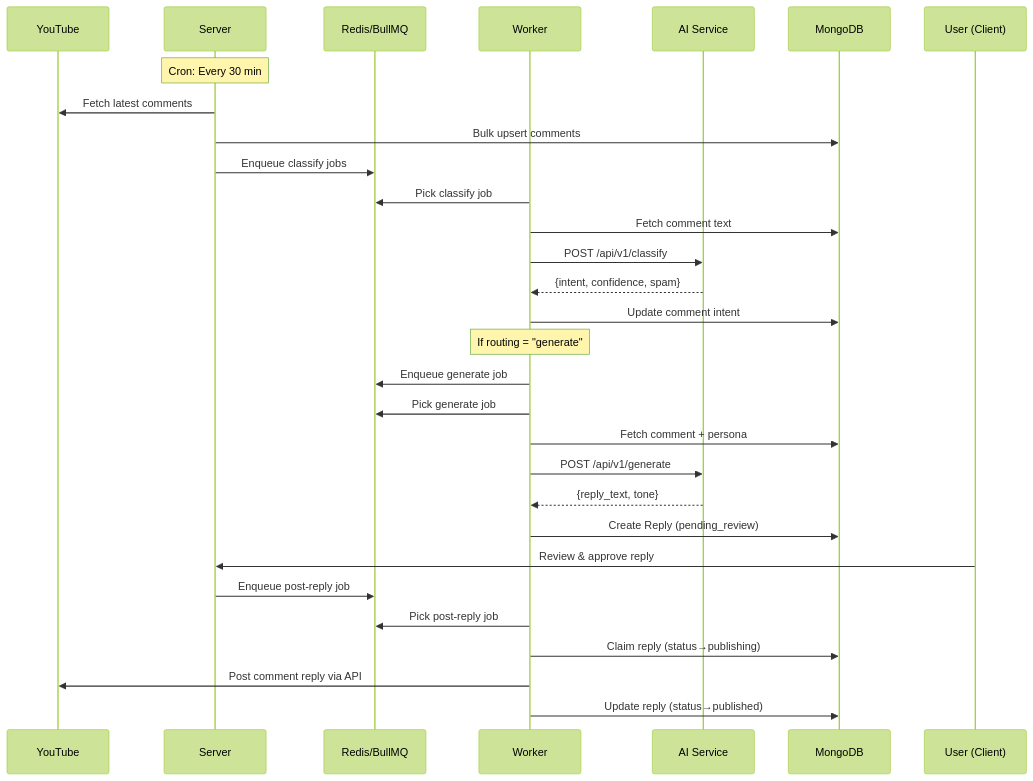
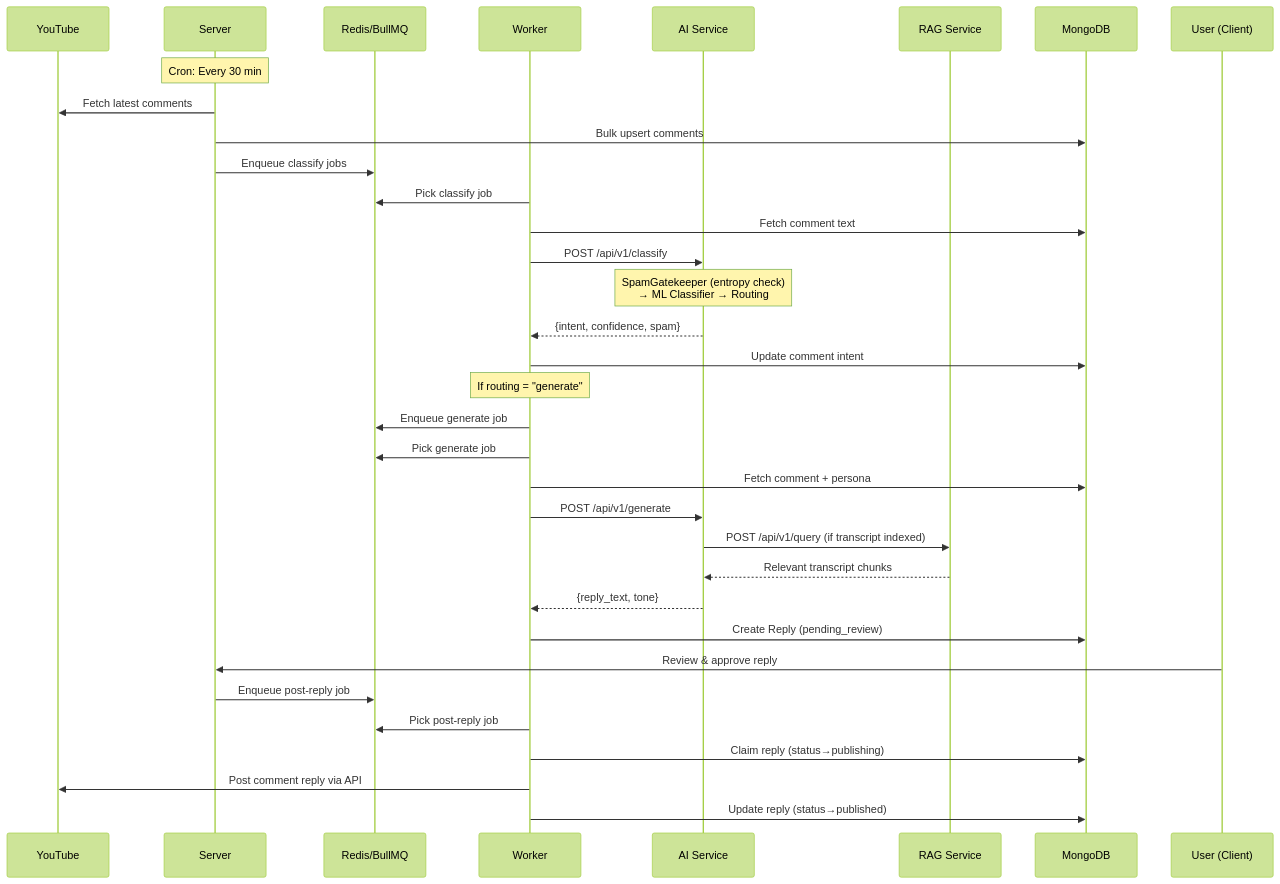
Before and after one commit to ashutosh2652/ReplyPilot: the seventh of 8 diagrams in ARCHITECTURE.md, drawn with Mermaid (forest theme). The commit also changed other lines of this file and 2 other files, not shown here.

Commit message:
update README with detailed architecture, service-specific environment configurations, and project structure documentation

````diff
--- a/ARCHITECTURE.md
+++ b/ARCHITECTURE.md
@@ -387,38 +470,42 @@
 ```mermaid
 sequenceDiagram
     participant YT as YouTube
     participant SRV as Server
     participant RD as Redis/BullMQ
     participant WK as Worker
     participant AI as AI Service
+    participant RAG as RAG Service
     participant DB as MongoDB
     participant USR as User (Client)
 
     Note over SRV: Cron: Every 30 min
     SRV->>YT: Fetch latest comments
     SRV->>DB: Bulk upsert comments
     SRV->>RD: Enqueue classify jobs
 
     WK->>RD: Pick classify job
     WK->>DB: Fetch comment text
     WK->>AI: POST /api/v1/classify
+    Note over AI: SpamGatekeeper (entropy check)<br/>→ ML Classifier → Routing
     AI-->>WK: {intent, confidence, spam}
     WK->>DB: Update comment intent
 
     Note over WK: If routing = "generate"
     WK->>RD: Enqueue generate job
 
     WK->>RD: Pick generate job
     WK->>DB: Fetch comment + persona
     WK->>AI: POST /api/v1/generate
+    AI->>RAG: POST /api/v1/query (if transcript indexed)
+    RAG-->>AI: Relevant transcript chunks
     AI-->>WK: {reply_text, tone}
     WK->>DB: Create Reply (pending_review)
 
     USR->>SRV: Review & approve reply
     SRV->>RD: Enqueue post-reply job
 
     WK->>RD: Pick post-reply job
     WK->>DB: Claim reply (status→publishing)
     WK->>YT: Post comment reply via API
     WK->>DB: Update reply (status→published)
 ```
````
